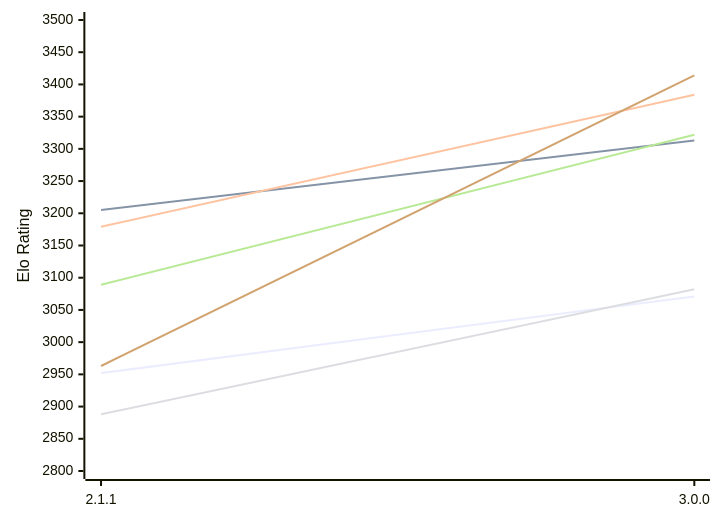
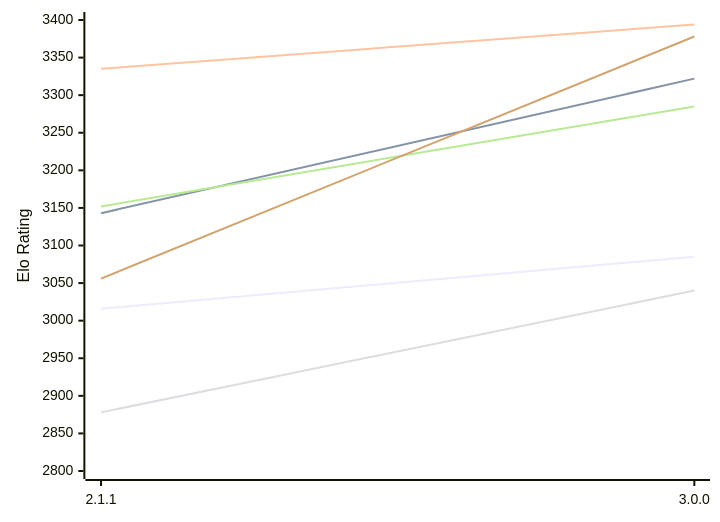
Before and after one commit to computer-chess-index/cci: the first of 2 diagrams in engines/Bread.md, drawn with Mermaid. The commit also changed other lines of this file, not shown here.

Commit message:
Update CCI Ratings (ELO VLTC) - 2026-11-14

````diff
--- a/engines/Bread.md
+++ b/engines/Bread.md
@@ -51,12 +51,12 @@
 ```mermaid
 %%{init: {"theme":"base","themeVariables":{"seriesColors:['#a3a3a3','#222221','#faa371']}}}%%
 xychart-beta
   x-axis ["2.1.1", "3.0.0"]
-  y-axis "Elo Rating" 2800 --> 3500
-  line "E1: STC (8.0+0.08s)" [2952, 3071]
-  line "E1: LTC (60.0+0.60s)" [3205, 3313]
-  line "E1: VLTC (2m24s+1.12s)" [3179, 3384]
-  line "P1: STC (8.0+0.08s)" [2888, 3082]
-  line "P1: LTC (60.0+0.60s)" [3089, 3322]
-  line "P1: VLTC (2m24s+1.12s)" [2963, 3414]
+  y-axis "Elo Rating" 2800 --> 3400
+  line "E1: STC (8.0+0.08s)" [3016, 3085]
+  line "E1: LTC (60.0+0.60s)" [3143, 3322]
+  line "E1: VLTC (2m24s+1.12s)" [3335, 3394]
+  line "P1: STC (8.0+0.08s)" [2878, 3040]
+  line "P1: LTC (60.0+0.60s)" [3152, 3285]
+  line "P1: VLTC (2m24s+1.12s)" [3056, 3378]
 ```
````
